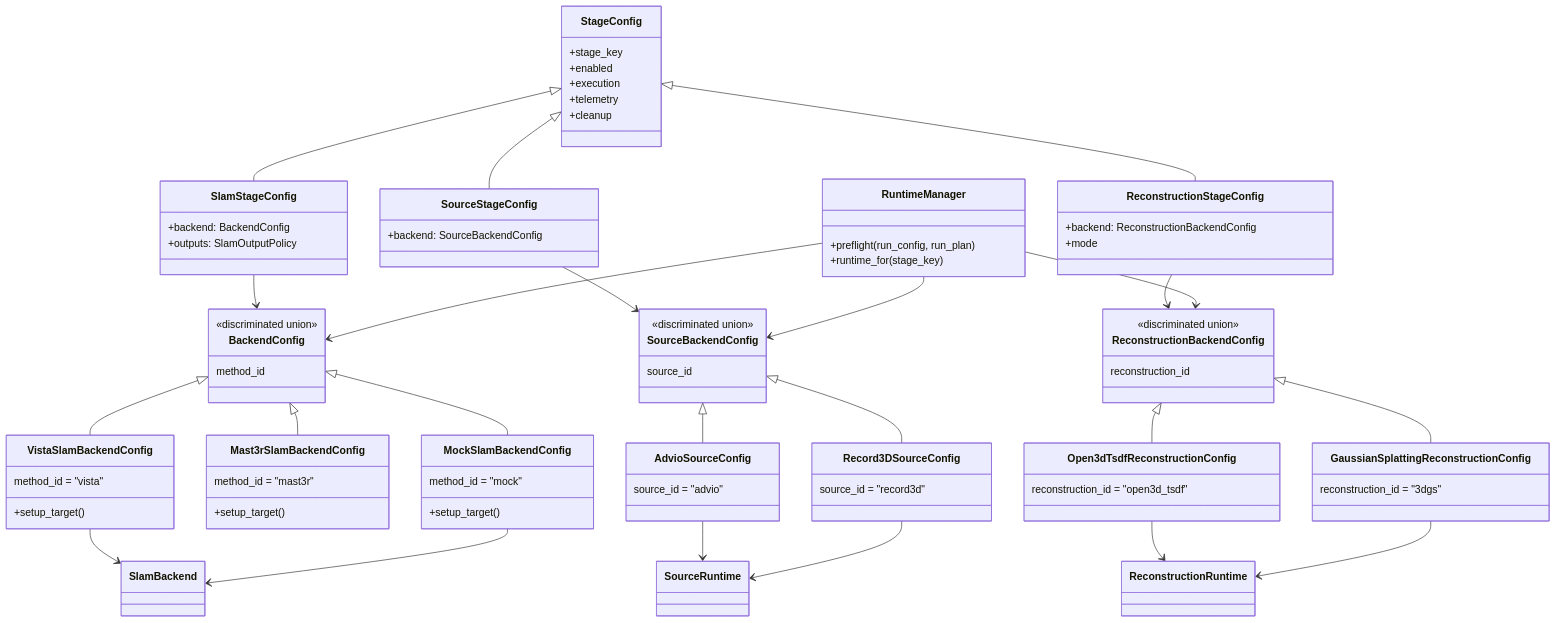
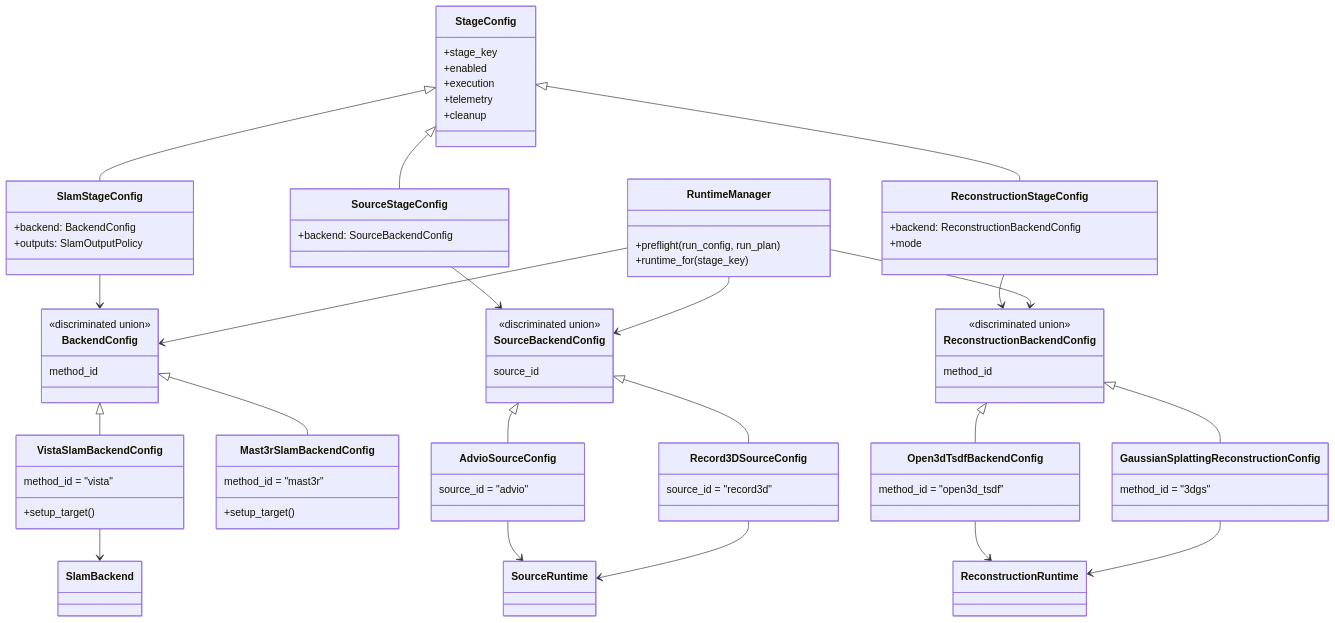
Before and after one commit to JanDuchscherer104/prml-vslam: diagram 18 of 18 in docs/architecture/pipeline-stage-refactor-target.md, drawn with Mermaid. The commit also changed other lines of this file and 26 other files, not shown here.

Commit message:
docs: update stage ownership architecture

```diff
--- a/docs/architecture/pipeline-stage-refactor-target.md
+++ b/docs/architecture/pipeline-stage-refactor-target.md
@@ -2067,7 +2068,7 @@
 
     class ReconstructionBackendConfig {
         <<discriminated union>>
-        reconstruction_id
+        method_id
     }
 
     class VistaSlamBackendConfig {
@@ -2080,11 +2081,6 @@
         +setup_target()
     }
 
-    class MockSlamBackendConfig {
-        method_id = "mock"
-        +setup_target()
-    }
-
     class AdvioSourceConfig {
         source_id = "advio"
     }
@@ -2093,12 +2089,12 @@
         source_id = "record3d"
     }
 
-    class Open3dTsdfReconstructionConfig {
-        reconstruction_id = "open3d_tsdf"
+    class Open3dTsdfBackendConfig {
+        method_id = "open3d_tsdf"
     }
 
     class GaussianSplattingReconstructionConfig {
-        reconstruction_id = "3dgs"
+        method_id = "3dgs"
     }
 
     class RuntimeManager {
@@ -2114,16 +2110,14 @@
     ReconstructionStageConfig --> ReconstructionBackendConfig
     BackendConfig <|-- VistaSlamBackendConfig
     BackendConfig <|-- Mast3rSlamBackendConfig
-    BackendConfig <|-- MockSlamBackendConfig
     SourceBackendConfig <|-- AdvioSourceConfig
     SourceBackendConfig <|-- Record3DSourceConfig
-    ReconstructionBackendConfig <|-- Open3dTsdfReconstructionConfig
+    ReconstructionBackendConfig <|-- Open3dTsdfBackendConfig
     ReconstructionBackendConfig <|-- GaussianSplattingReconstructionConfig
     VistaSlamBackendConfig --> SlamBackend
-    MockSlamBackendConfig --> SlamBackend
     AdvioSourceConfig --> SourceRuntime
     Record3DSourceConfig --> SourceRuntime
-    Open3dTsdfReconstructionConfig --> ReconstructionRuntime
+    Open3dTsdfBackendConfig --> ReconstructionRuntime
     GaussianSplattingReconstructionConfig --> ReconstructionRuntime
     RuntimeManager --> BackendConfig
     RuntimeManager --> SourceBackendConfig
```
